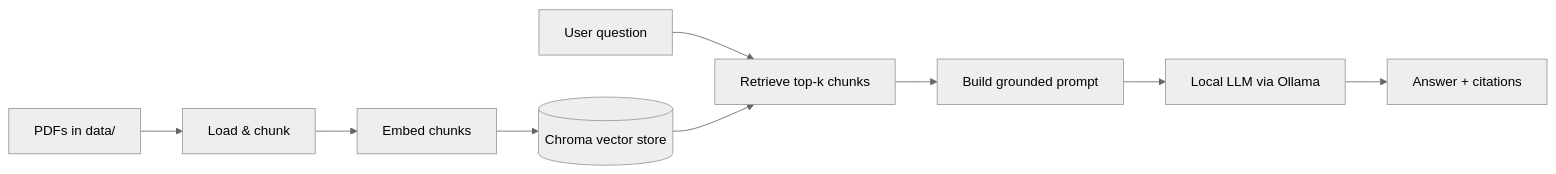
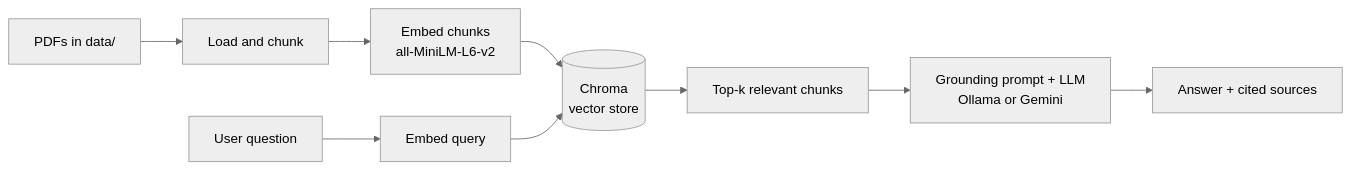
One commit to cqaxo/papertrail changed the diagram in README.md. Above: the diagram before and after it, drawn with Mermaid (neutral theme). The commit also changed other lines of this file and 1 other file, not shown here.

````diff
--- a/README.md
+++ b/README.md
@@ -21,11 +31,11 @@
 ```mermaid
 flowchart LR
-    A[PDFs in data/] --> B[Load & chunk]
-    B --> C[Embed chunks]
-    C --> D[(Chroma vector store)]
-    E[User question] --> F[Retrieve top-k chunks]
-    D --> F
-    F --> G[Build grounded prompt]
-    G --> H[Local LLM via Ollama]
-    H --> I[Answer + citations]
+    A[PDFs in data/] --> B[Load and chunk]
+    B --> C[Embed chunks<br/>all-MiniLM-L6-v2]
+    C --> D[(Chroma<br/>vector store)]
+    E[User question] --> F[Embed query]
+    F --> D
+    D --> G[Top-k relevant chunks]
+    G --> H[Grounding prompt + LLM<br/>Ollama or Gemini]
+    H --> I[Answer + cited sources]
 ```
````
